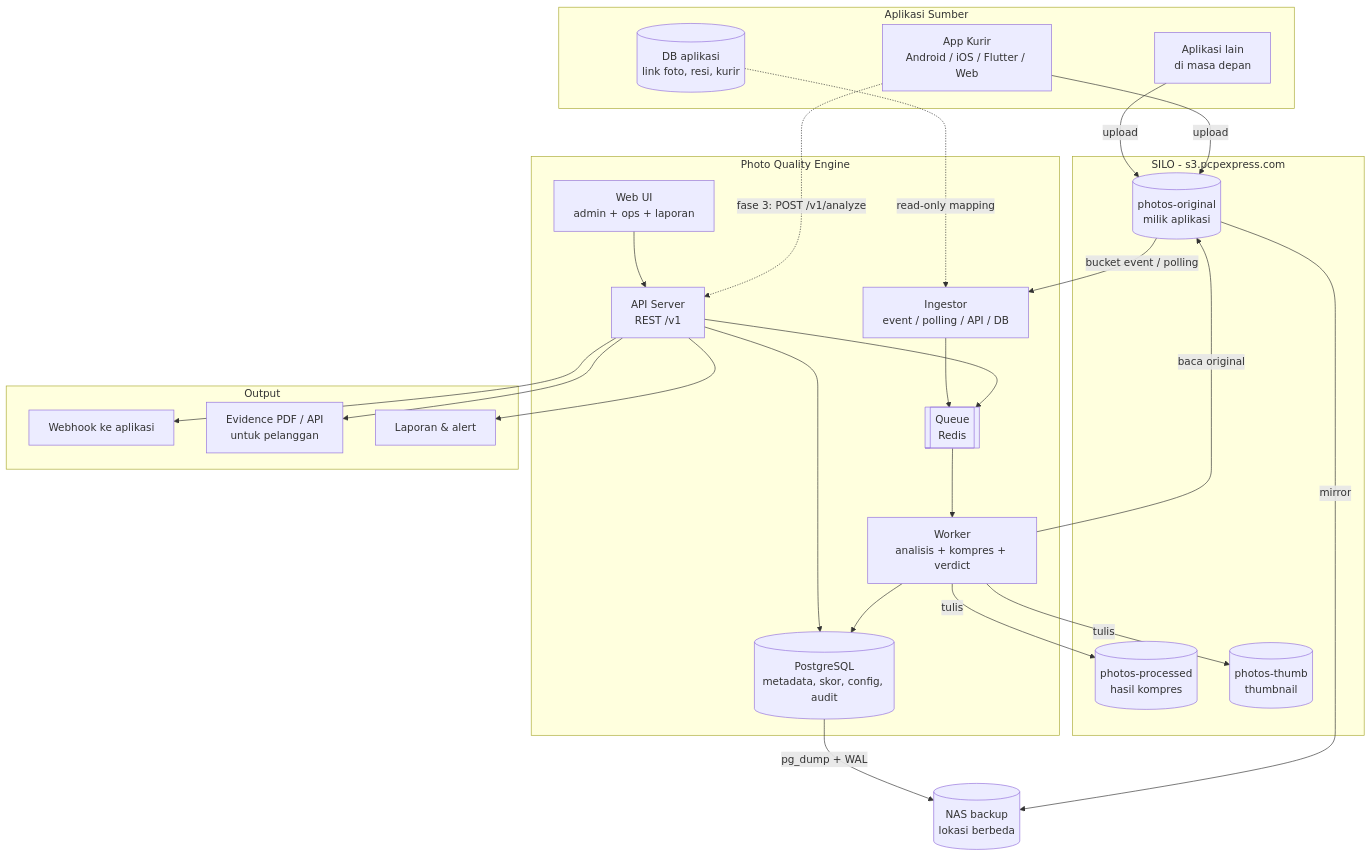
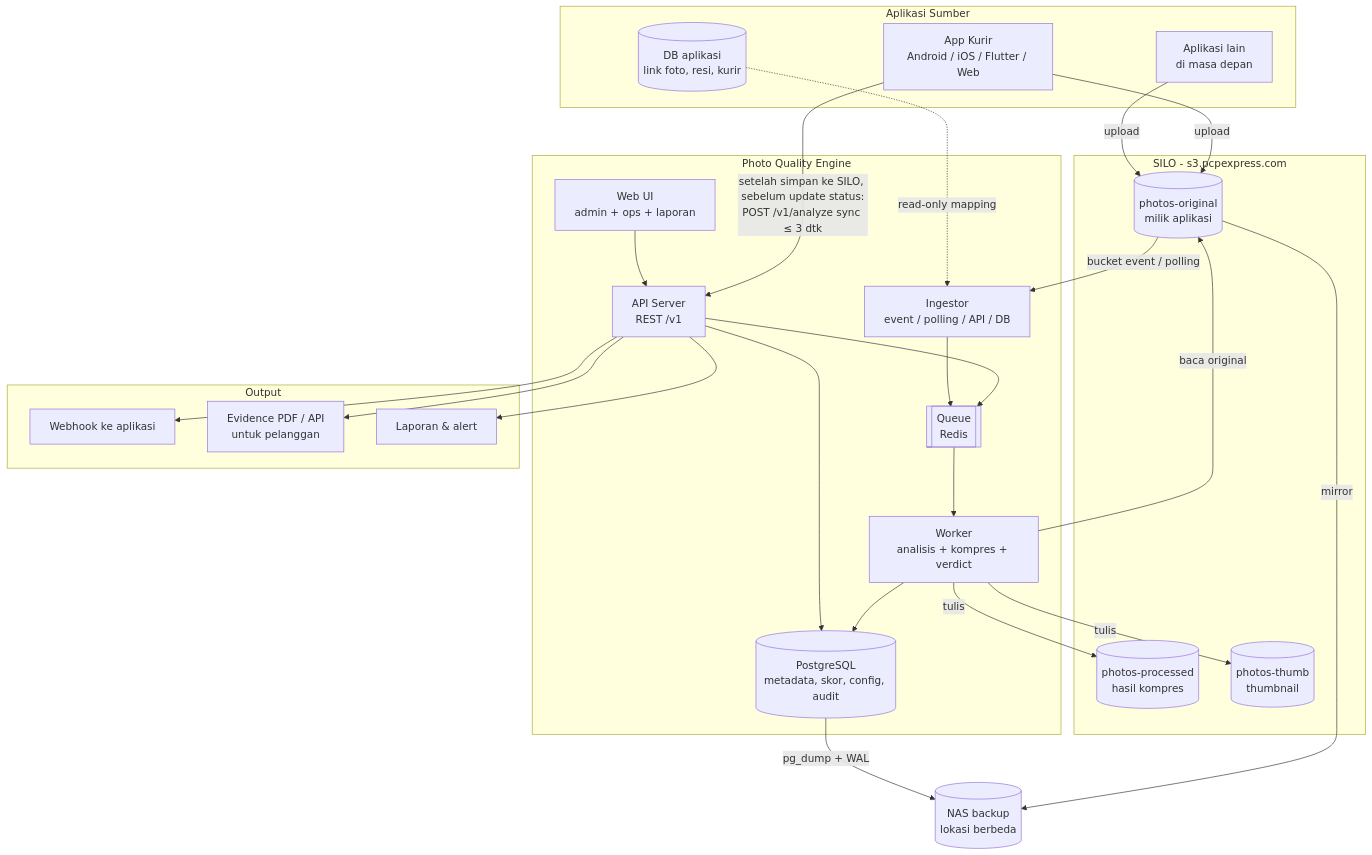
The third of 20 diagrams in docs/sdlc-plan.md (anas-fikri/ocr-engine), drawn with Mermaid before and after one commit. The commit also changed other lines of this file and 3 other files, not shown here.

````diff
--- a/docs/sdlc-plan.md
+++ b/docs/sdlc-plan.md
@@ -292,51 +292,51 @@
 ```mermaid
 flowchart TB
     subgraph Sumber[Aplikasi Sumber]
         A1[App Kurir<br/>Android / iOS / Flutter / Web]
         A2[Aplikasi lain<br/>di masa depan]
         ADB[(DB aplikasi<br/>link foto, resi, kurir)]
     end
 
     subgraph SILO[SILO - s3.pcpexpress.com]
         B1[(photos-original<br/>milik aplikasi)]
         B2[(photos-processed<br/>hasil kompres)]
         B3[(photos-thumb<br/>thumbnail)]
     end
 
     subgraph Engine[Photo Quality Engine]
         I[Ingestor<br/>event / polling / API / DB]
         Q[[Queue<br/>Redis]]
         W[Worker<br/>analisis + kompres + verdict]
         API[API Server<br/>REST /v1]
         UI[Web UI<br/>admin + ops + laporan]
         PG[(PostgreSQL<br/>metadata, skor, config, audit)]
     end
 
     subgraph Output[Output]
         WH[Webhook ke aplikasi]
         EV[Evidence PDF / API<br/>untuk pelanggan]
         RP[Laporan & alert]
     end
 
     NAS[(NAS backup<br/>lokasi berbeda)]
 
     A1 -->|upload| B1
     A2 -->|upload| B1
-    A1 -.->|fase 3: POST /v1/analyze| API
+    A1 -->|setelah simpan ke SILO, sebelum update status:<br/>POST /v1/analyze sync ≤ 3 dtk| API
     B1 -->|bucket event / polling| I
     ADB -.->|read-only mapping| I
     API --> Q
     I --> Q
     Q --> W
     W -->|baca original| B1
     W -->|tulis| B2
     W -->|tulis| B3
     W --> PG
     API --> PG
     UI --> API
     API --> WH
     API --> EV
     API --> RP
     B1 -->|mirror| NAS
     PG -->|pg_dump + WAL| NAS
 ```
````
